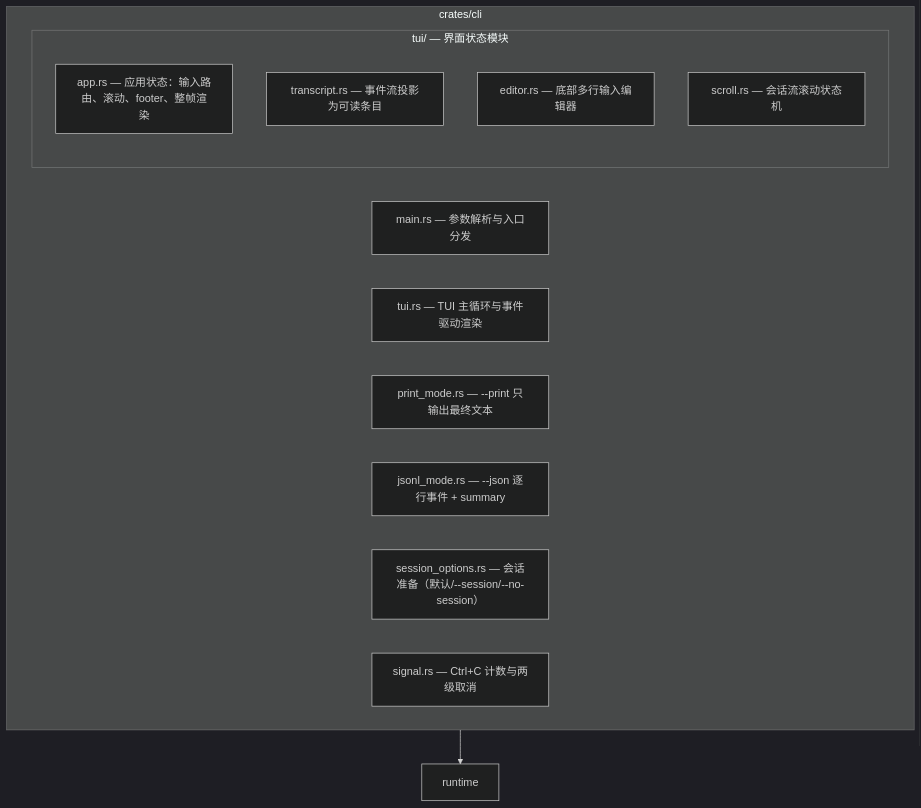
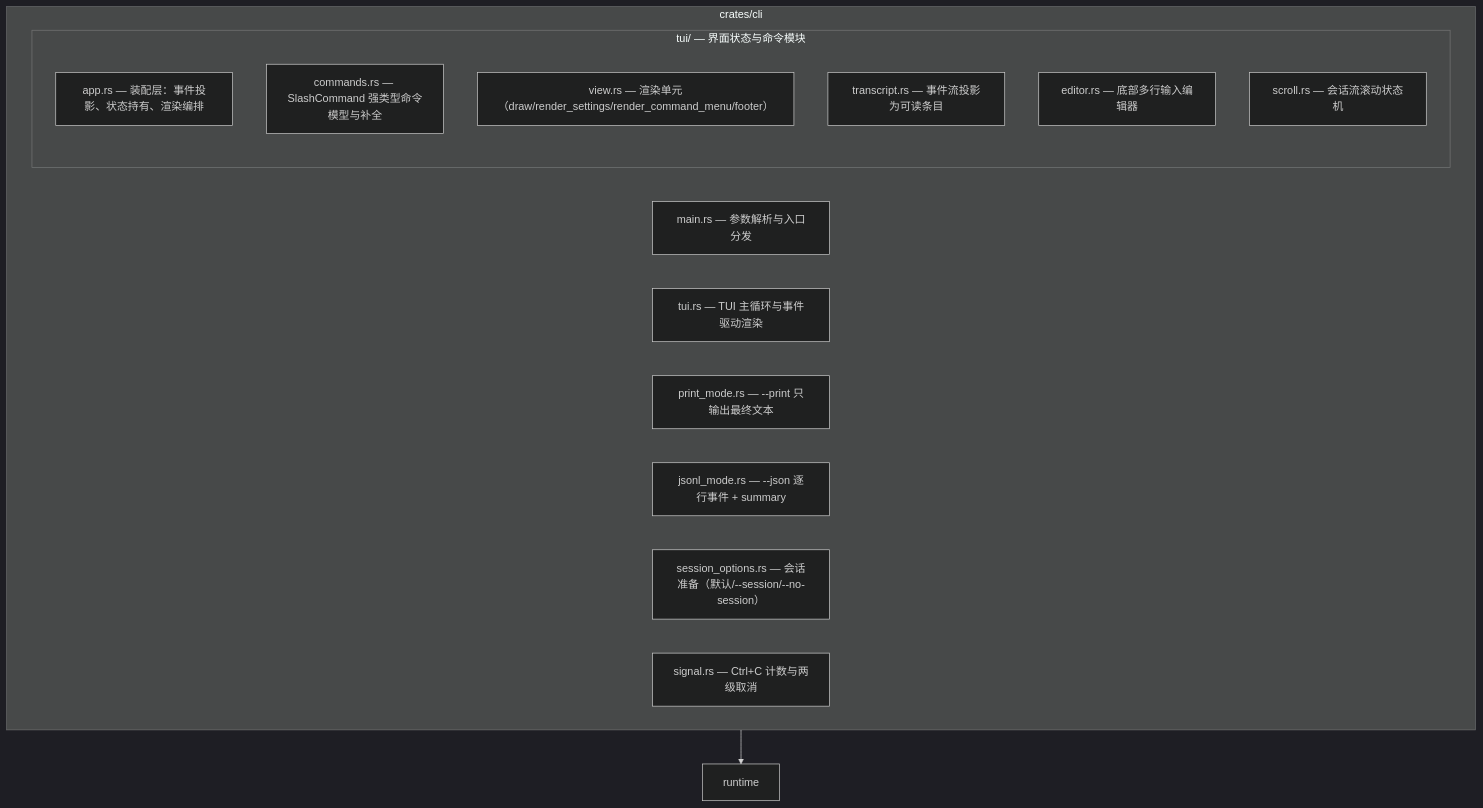
The eighth of 10 diagrams in docs/repository-map.md (qjcnmd/singularity-agent), drawn with Mermaid (dark theme) before and after one commit. The commit also changed other lines of this file and 2 other files, not shown here.

````diff
--- a/docs/repository-map.md
+++ b/docs/repository-map.md
@@ -189,18 +189,20 @@
 ```mermaid
 flowchart TD
     subgraph cli["crates/cli"]
         main["main.rs — 参数解析与入口分发"]
         tui_["tui.rs — TUI 主循环与事件驱动渲染"]
         print_mode["print_mode.rs — --print 只输出最终文本"]
         jsonl_mode["jsonl_mode.rs — --json 逐行事件 + summary"]
         session_options["session_options.rs — 会话准备（默认/--session/--no-session）"]
         signal["signal.rs — Ctrl+C 计数与两级取消"]
-        subgraph tui["tui/ — 界面状态模块"]
-            app["app.rs — 应用状态：输入路由、滚动、footer、整帧渲染"]
+        subgraph tui["tui/ — 界面状态与命令模块"]
+            app["app.rs — 装配层：事件投影、状态持有、渲染编排"]
+            commands["commands.rs — SlashCommand 强类型命令模型与补全"]
+            view["view.rs — 渲染单元（draw/render_settings/render_command_menu/footer）"]
             transcript["transcript.rs — 事件流投影为可读条目"]
             editor["editor.rs — 底部多行输入编辑器"]
             scroll["scroll.rs — 会话流滚动状态机"]
         end
     end
     cli --> runtime["runtime"]
 ```
````
